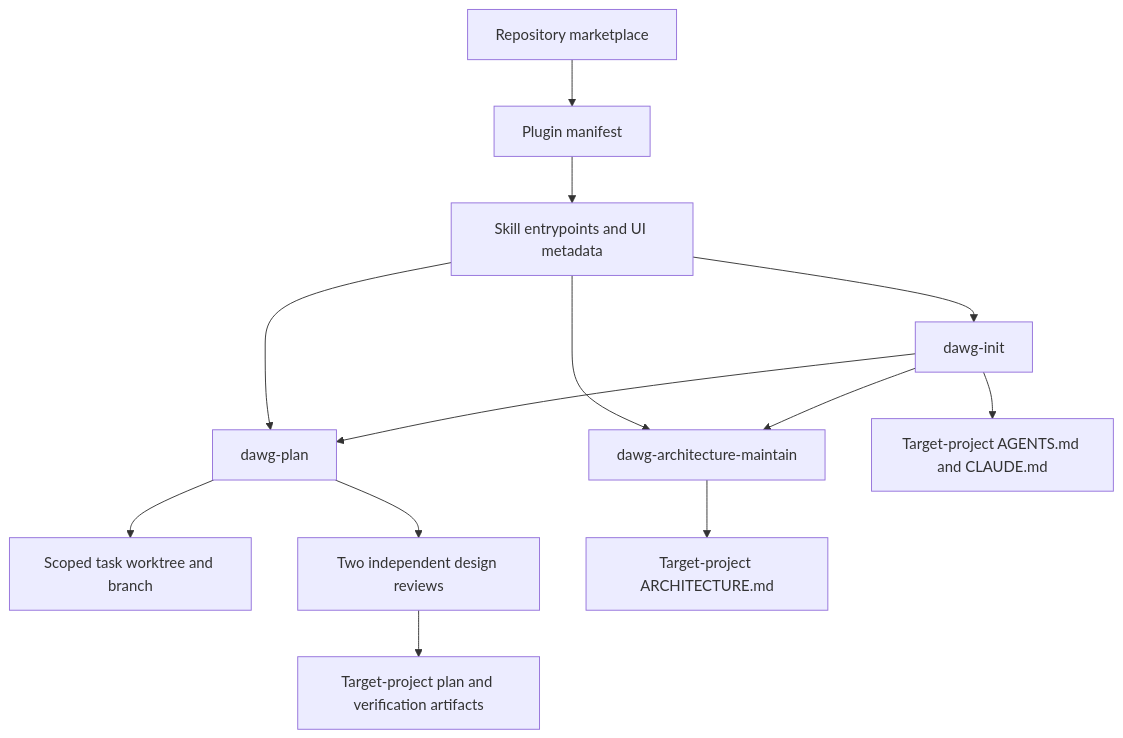
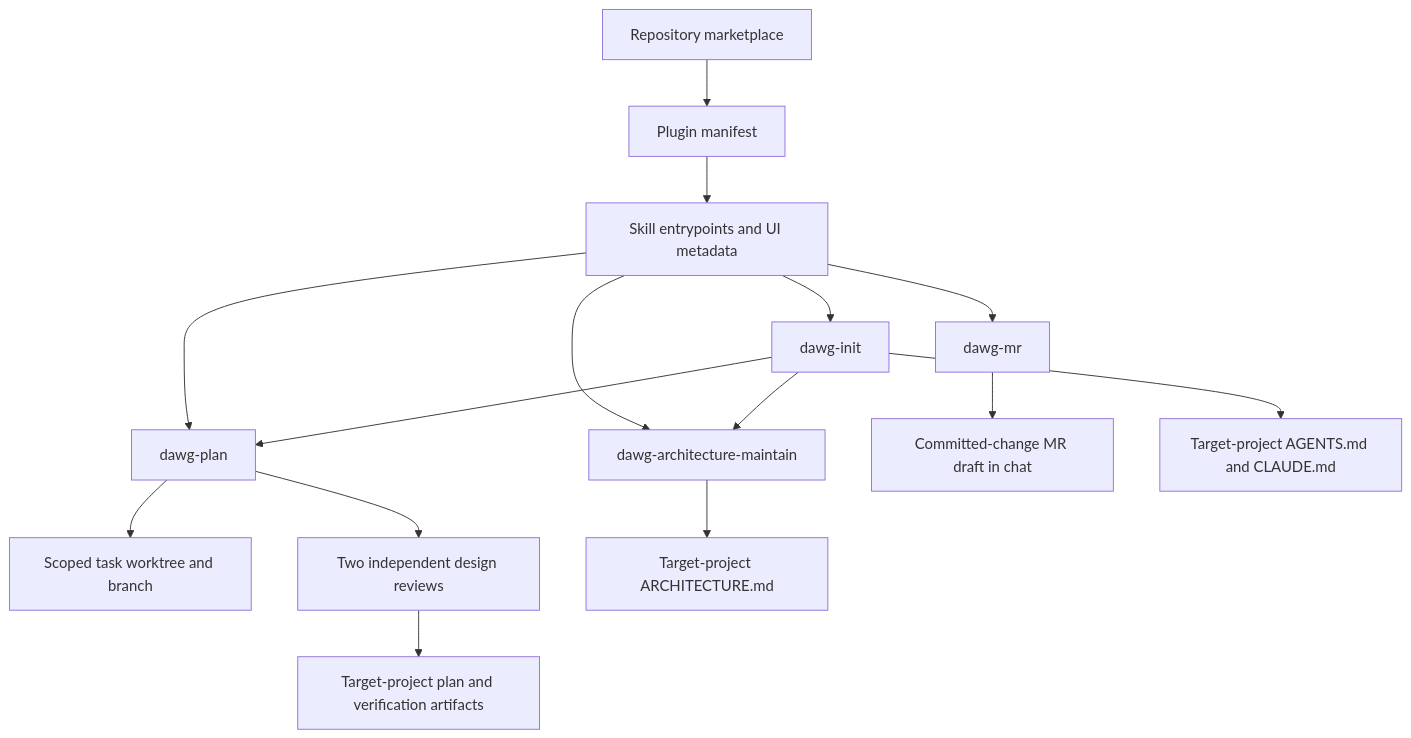
Before and after one commit to pdawgy-sg/pdawgy-skills: the diagram in ARCHITECTURE.md, drawn with Mermaid. The commit also changed other lines of this file and 152 other files, not shown here.

Commit message:
feat(dawg-mr): draft merge request messages from commits

````diff
--- a/ARCHITECTURE.md
+++ b/ARCHITECTURE.md
@@ -81,15 +88,17 @@
 ```mermaid
 flowchart TD
     Marketplace[Repository marketplace] --> Manifest[Plugin manifest]
     Manifest --> Skills[Skill entrypoints and UI metadata]
     Skills --> Init[dawg-init]
     Skills --> Plan[dawg-plan]
     Skills --> Maintain[dawg-architecture-maintain]
+    Skills --> MR[dawg-mr]
+    MR --> Message[Committed-change MR draft in chat]
     Init --> Plan
     Init --> Maintain
     Plan --> Worktree[Scoped task worktree and branch]
     Plan --> Reviews[Two independent design reviews]
     Reviews --> Artifacts[Target-project plan and verification artifacts]
     Init --> Guidance[Target-project AGENTS.md and CLAUDE.md]
     Maintain --> Architecture[Target-project ARCHITECTURE.md]
 ```
````
